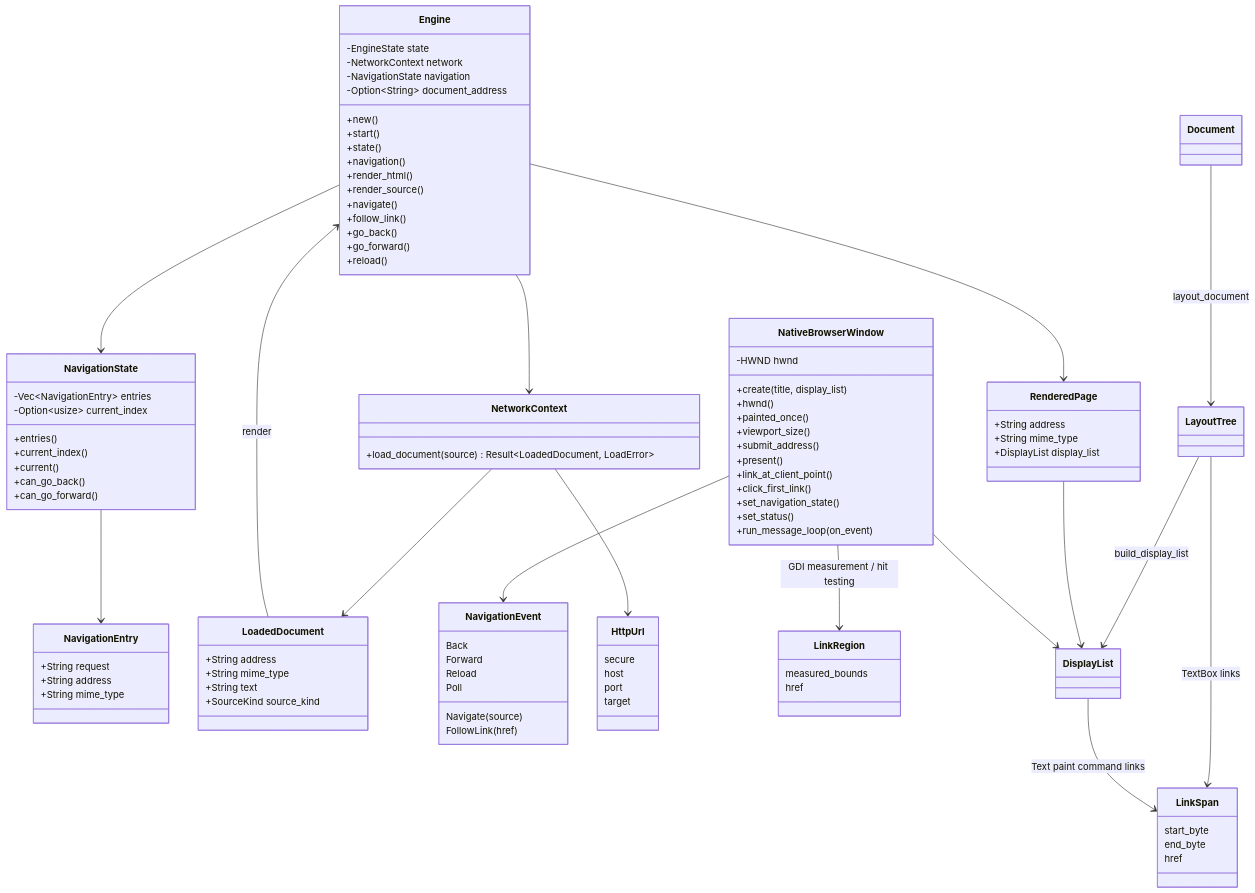
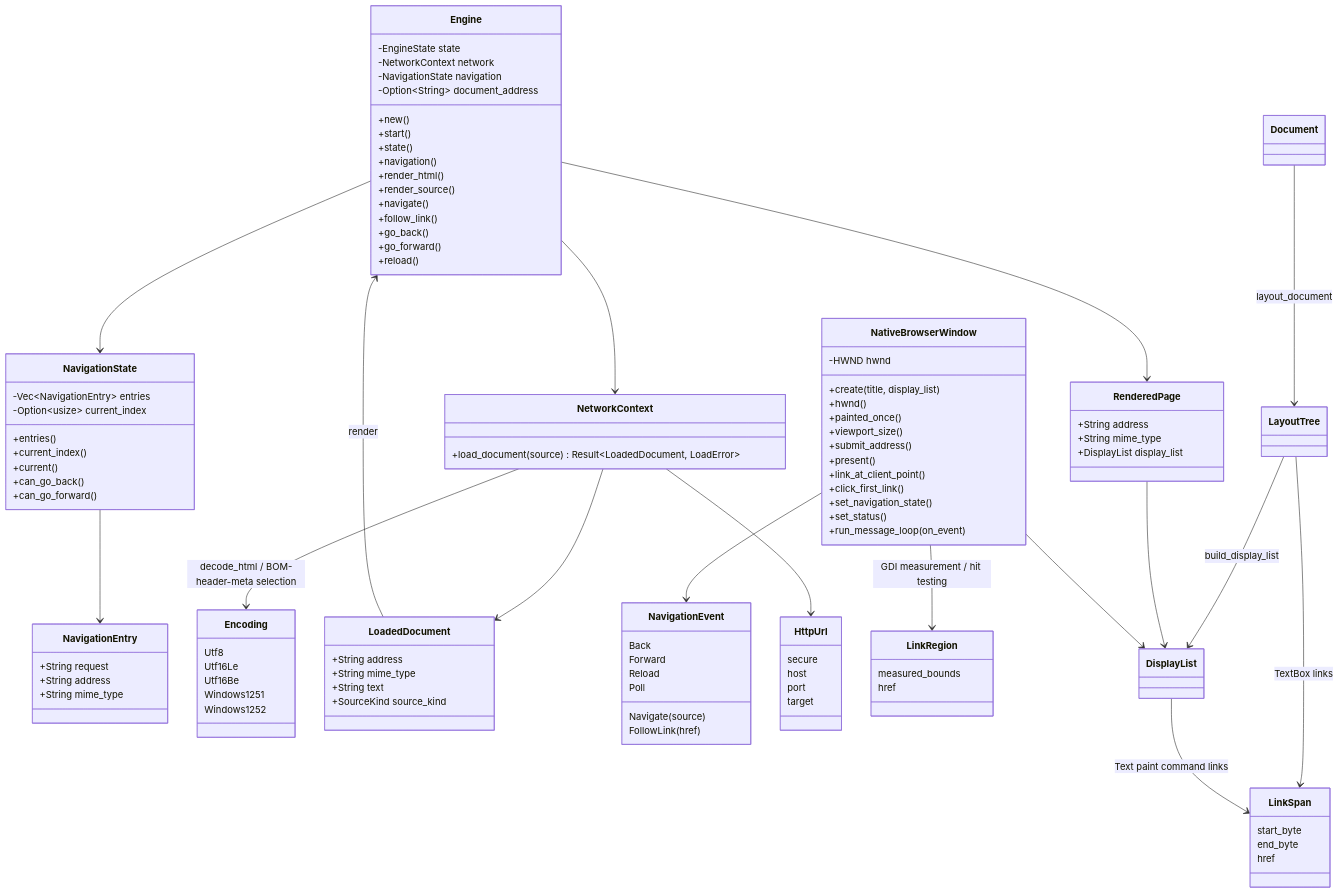
One commit to Gerbesh/OPBrowser changed the second of 2 diagrams in docs/CODE_GRAPH.md. Above: the diagram before and after it, drawn with Mermaid. The commit also changed other lines of this file and 20 other files, not shown here.

Commit message:
fix: decode legacy HTML encodings and character references

```diff
--- a/docs/CODE_GRAPH.md
+++ b/docs/CODE_GRAPH.md
@@ -85,6 +85,14 @@
 
     class NetworkContext {
         +load_document(source) Result~LoadedDocument, LoadError~
+    }
+
+    class Encoding {
+        Utf8
+        Utf16Le
+        Utf16Be
+        Windows1251
+        Windows1252
     }
 
     class LoadedDocument {
@@ -143,6 +151,7 @@
     Engine --> NetworkContext
     NetworkContext --> LoadedDocument
     NetworkContext --> HttpUrl
+    NetworkContext --> Encoding : decode_html / BOM-header-meta selection
     Engine --> RenderedPage
     LoadedDocument --> Engine : render
     Document --> LayoutTree : layout_document
```
